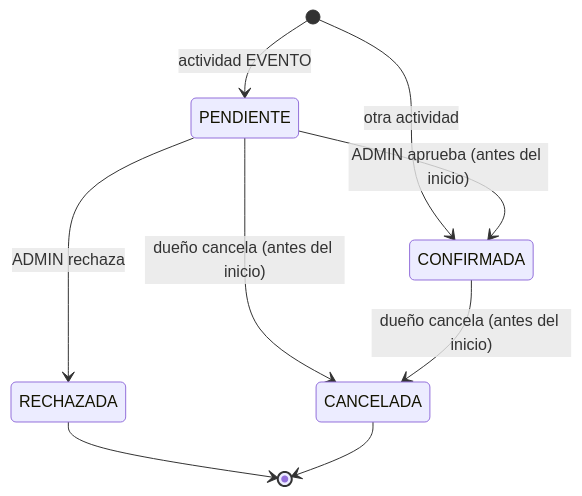
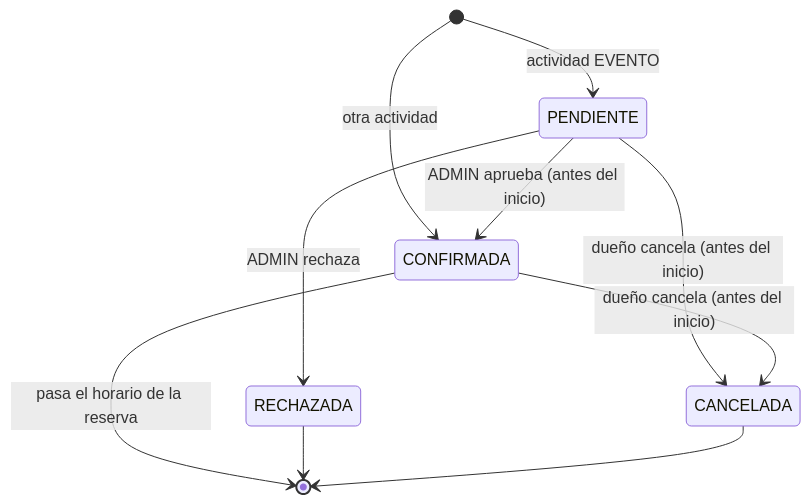
One commit to LucianoCipolla/TPI_BDA_UTNFRC changed the first of 3 diagrams in README.md. Above: the diagram before and after it, drawn with Mermaid. The commit also changed other lines of this file, not shown here.

````diff
--- a/README.md
+++ b/README.md
@@ -81,11 +81,12 @@
 ```mermaid
 stateDiagram-v2
     [*] --> PENDIENTE: actividad EVENTO
     [*] --> CONFIRMADA: otra actividad
     PENDIENTE --> CONFIRMADA: ADMIN aprueba (antes del inicio)
     PENDIENTE --> RECHAZADA: ADMIN rechaza
     PENDIENTE --> CANCELADA: dueño cancela (antes del inicio)
     CONFIRMADA --> CANCELADA: dueño cancela (antes del inicio)
+    CONFIRMADA --> [*]: pasa el horario de la reserva
     RECHAZADA --> [*]
     CANCELADA --> [*]
 ```
````
